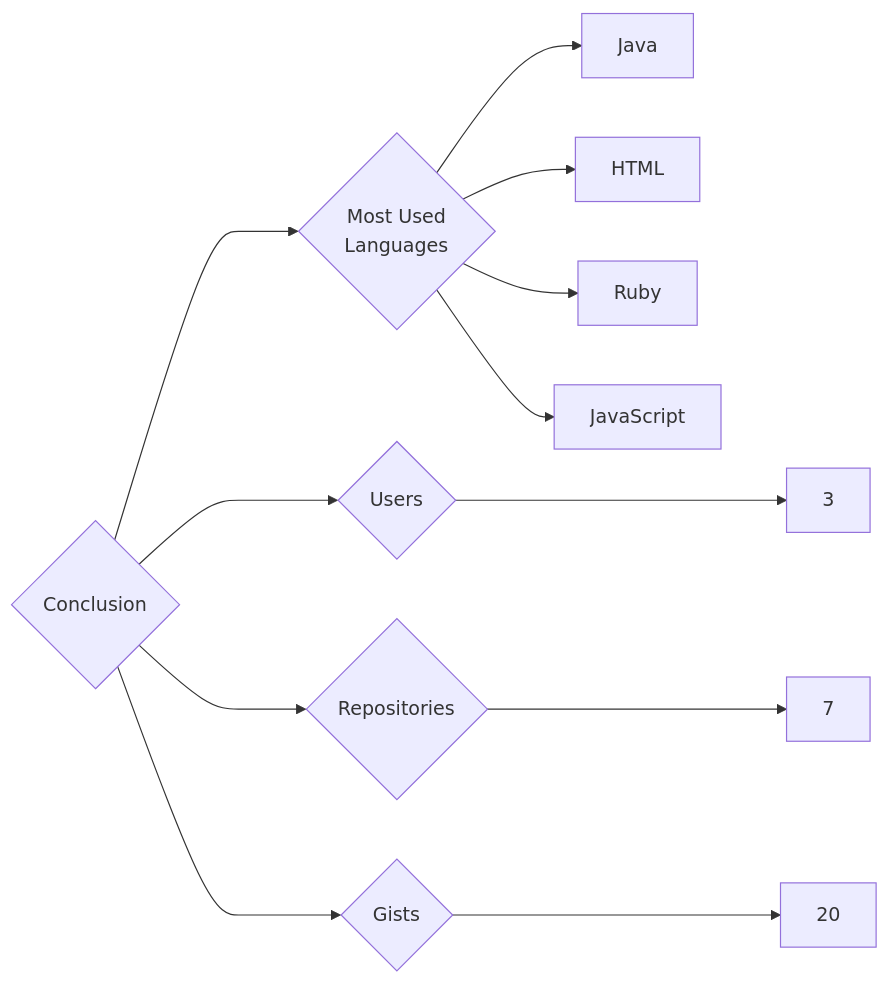
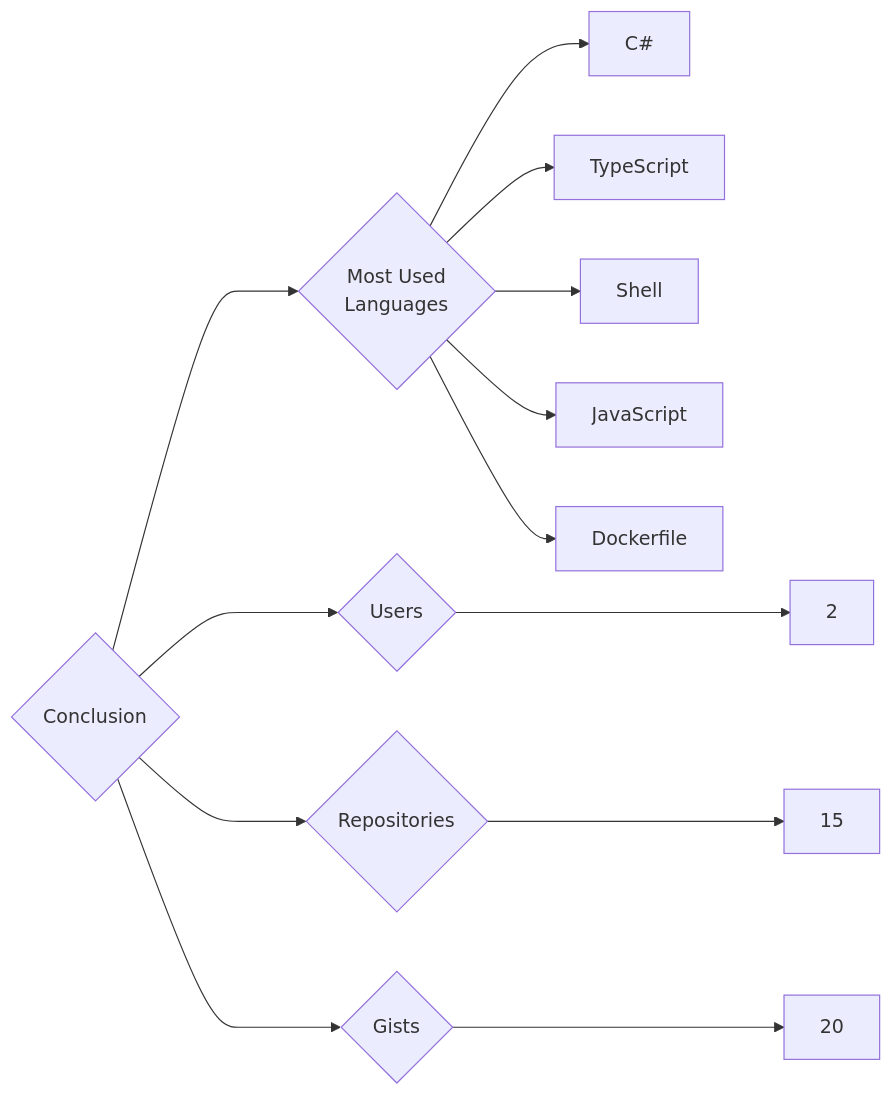
One commit to trickest/insiders changed the diagram in targets/Conclusion/README.md. Above: the diagram before and after it, drawn with Mermaid. The commit also changed 860 other files, not shown here.

````diff
--- a/targets/Conclusion/README.md
+++ b/targets/Conclusion/README.md
@@ -3,12 +3,13 @@
 ```mermaid
 graph LR
 COMPANY_NAME{Conclusion}
-COMPANY_NAME ---> U{Users} ---> UN[3]
-COMPANY_NAME ---> R{Repositories} ---> RN[7]
+COMPANY_NAME ---> U{Users} ---> UN[2]
+COMPANY_NAME ---> R{Repositories} ---> RN[15]
 COMPANY_NAME ---> G{Gists} ---> GN[20]
 COMPANY_NAME ---> ML{Most Used<br>Languages}
-ML --> Java[Java]
-ML --> HTML[HTML]
-ML --> Ruby[Ruby]
+ML --> C#[C#]
+ML --> TypeScript[TypeScript]
+ML --> Shell[Shell]
 ML --> JavaScript[JavaScript]
+ML --> Dockerfile[Dockerfile]
 ```
````
